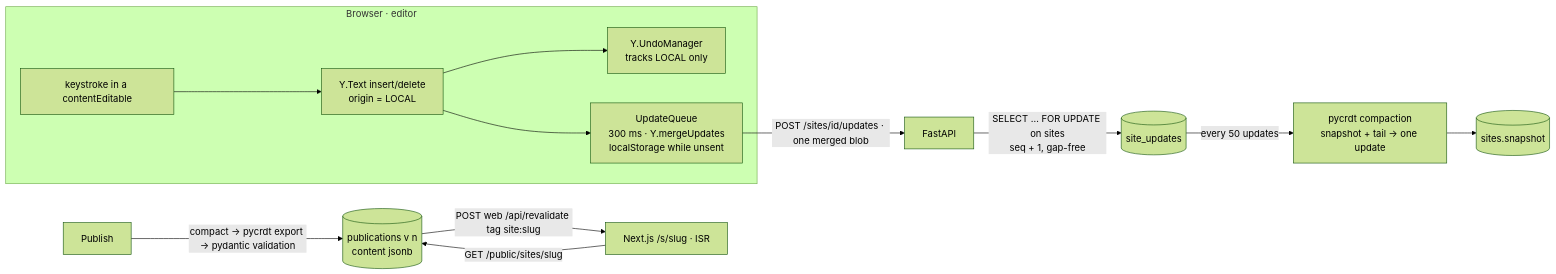
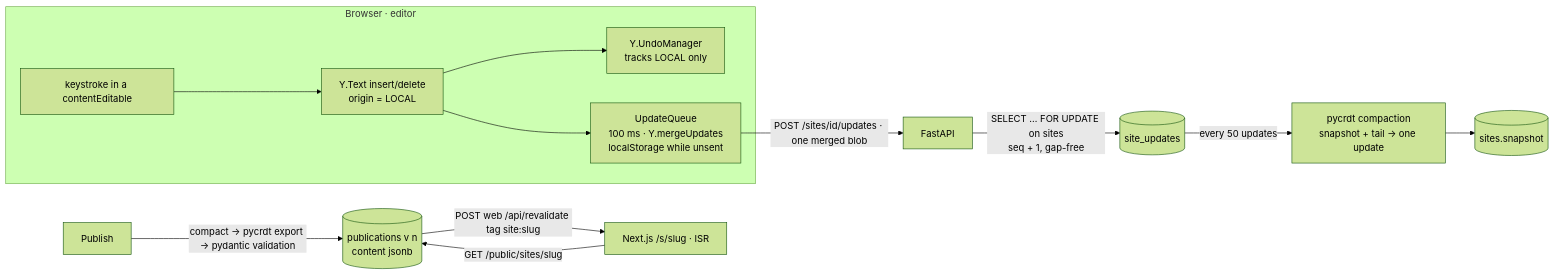
One commit to virajdomadia/pagecraft changed the diagram in README.md. Above: the diagram before and after it, drawn with Mermaid (forest theme). The commit also changed other lines of this file and 16 other files, not shown here.

````diff
--- a/README.md
+++ b/README.md
@@ -17,15 +17,15 @@
 ```mermaid
 flowchart LR
   subgraph Browser["Browser · editor"]
     K[keystroke in a contentEditable] --> T[Y.Text insert/delete<br/>origin = LOCAL]
     T --> UM[Y.UndoManager<br/>tracks LOCAL only]
-    T --> Q[UpdateQueue<br/>300 ms · Y.mergeUpdates<br/>localStorage while unsent]
+    T --> Q[UpdateQueue<br/>100 ms · Y.mergeUpdates<br/>localStorage while unsent]
   end
   Q -->|POST /sites/id/updates · one merged blob| A[FastAPI]
   A -->|SELECT … FOR UPDATE on sites<br/>seq + 1, gap-free| L[(site_updates)]
   L -->|every 50 updates| C[pycrdt compaction<br/>snapshot + tail → one update]
   C --> S[(sites.snapshot)]
   P[Publish] -->|compact → pycrdt export → pydantic validation| PUB[(publications v n<br/>content jsonb)]
   PUB -->|POST web /api/revalidate tag site:slug| W[Next.js /s/slug · ISR]
   W -->|GET /public/sites/slug| PUB
 ```
````
